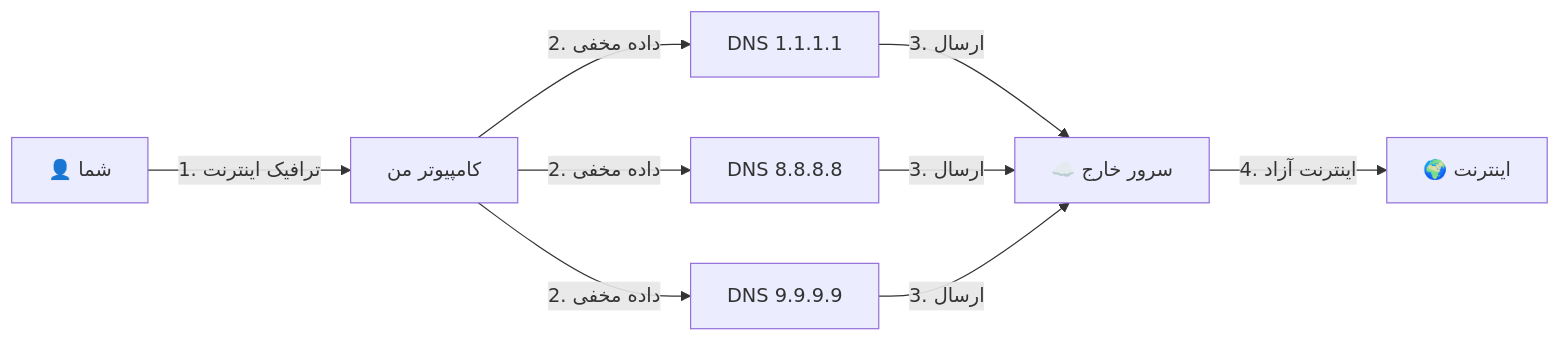
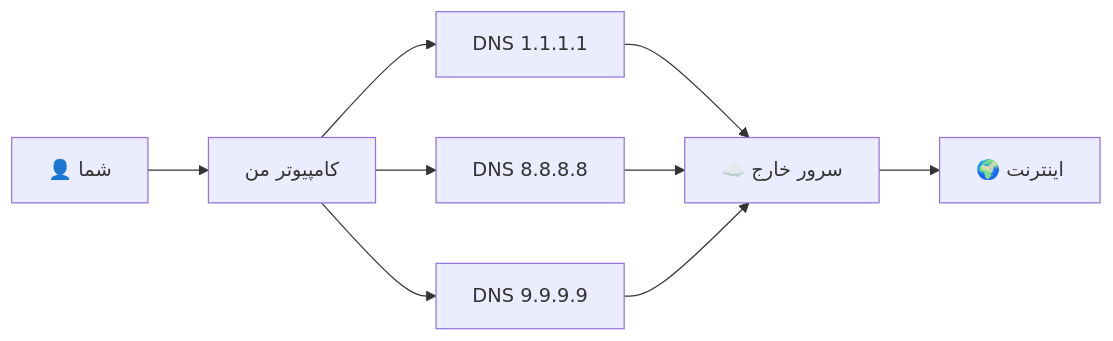
One commit to Mygod/slipstream-rust changed the second of 2 diagrams in README_FA.md. Above: the diagram before and after it, drawn with Mermaid. The commit also changed other lines of this file and 1 other file, not shown here.

Commit message:
Modifying charts and graphs on README

````diff
--- a/README_FA.md
+++ b/README_FA.md
@@ -103,11 +103,11 @@
 ```mermaid
 graph LR
-    User[👤 شما] -->|1. ترافیک اینترنت| Client[کامپیوتر من]
-    Client -->|2. داده مخفی| R1[DNS 1.1.1.1]
-    Client -->|2. داده مخفی| R2[DNS 8.8.8.8]
-    Client -->|2. داده مخفی| R3[DNS 9.9.9.9]
-    R1 -->|3. ارسال| Server[☁️ سرور خارج]
-    R2 -->|3. ارسال| Server
-    R3 -->|3. ارسال| Server
-    Server -->|4. اینترنت آزاد| World[🌍 اینترنت]
+    User[👤 شما] --> Client[کامپیوتر من]
+    Client --> R1[DNS 1.1.1.1]
+    Client --> R2[DNS 8.8.8.8]
+    Client --> R3[DNS 9.9.9.9]
+    R1 --> Server[☁️ سرور خارج]
+    R2 --> Server
+    R3 --> Server
+    Server --> World[🌍 اینترنت]
 ```
````
